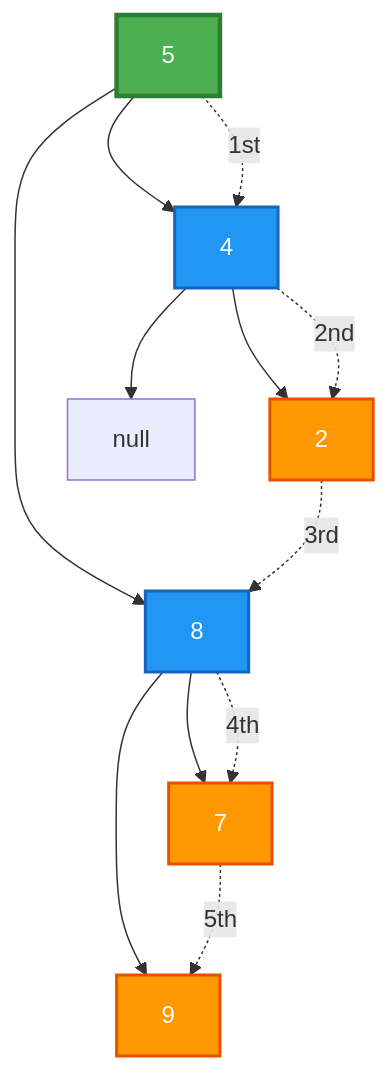
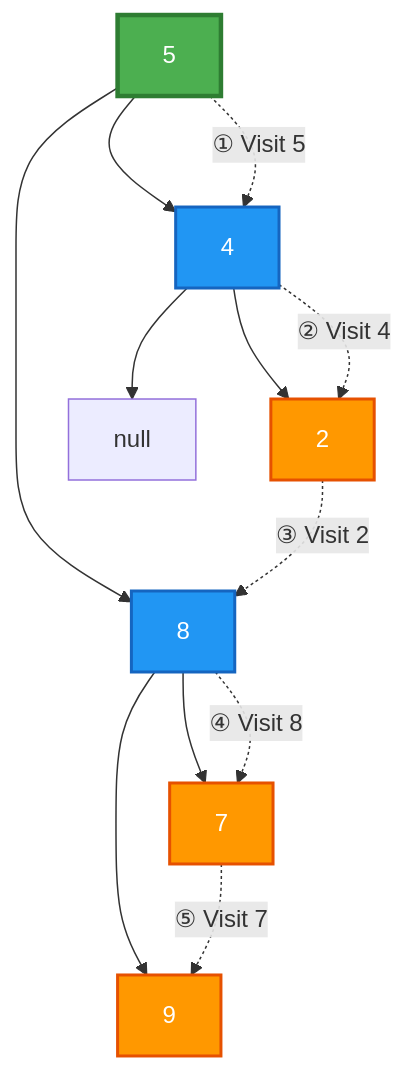
One commit to 120m4n/TreeNodesInPython changed the third of 4 diagrams in README.md. Above: the diagram before and after it, drawn with Mermaid. The commit also changed other lines of this file, not shown here.

Commit message:
Fix Mermaid diagram arrows to properly show traversal order

````diff
--- a/README.md
+++ b/README.md
@@ -95,22 +95,22 @@
 ```mermaid
 graph TD
     A[5] --> B[4]
     A --> C[8]
     B --> D[2]
     B --> E[null]
     C --> F[7]
     C --> G[9]
     
-    A -.->|1st| B
-    B -.->|2nd| D
-    D -.->|3rd| C
-    C -.->|4th| F
-    F -.->|5th| G
+    A -.->|"① Visit 5"| B
+    B -.->|"② Visit 4"| D
+    D -.->|"③ Visit 2"| C
+    C -.->|"④ Visit 8"| F
+    F -.->|"⑤ Visit 7"| G
     
     style A fill:#4CAF50,stroke:#2E7D32,stroke-width:3px,color:#fff
     style B fill:#2196F3,stroke:#1565C0,stroke-width:2px,color:#fff
     style C fill:#2196F3,stroke:#1565C0,stroke-width:2px,color:#fff
     style D fill:#FF9800,stroke:#E65100,stroke-width:2px,color:#fff
     style F fill:#FF9800,stroke:#E65100,stroke-width:2px,color:#fff
     style G fill:#FF9800,stroke:#E65100,stroke-width:2px,color:#fff
 ```
````
